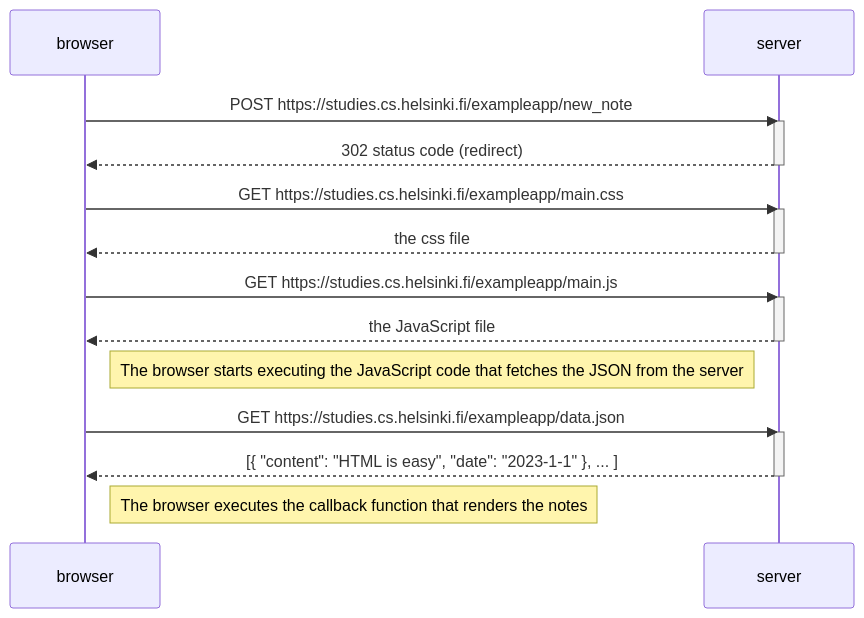
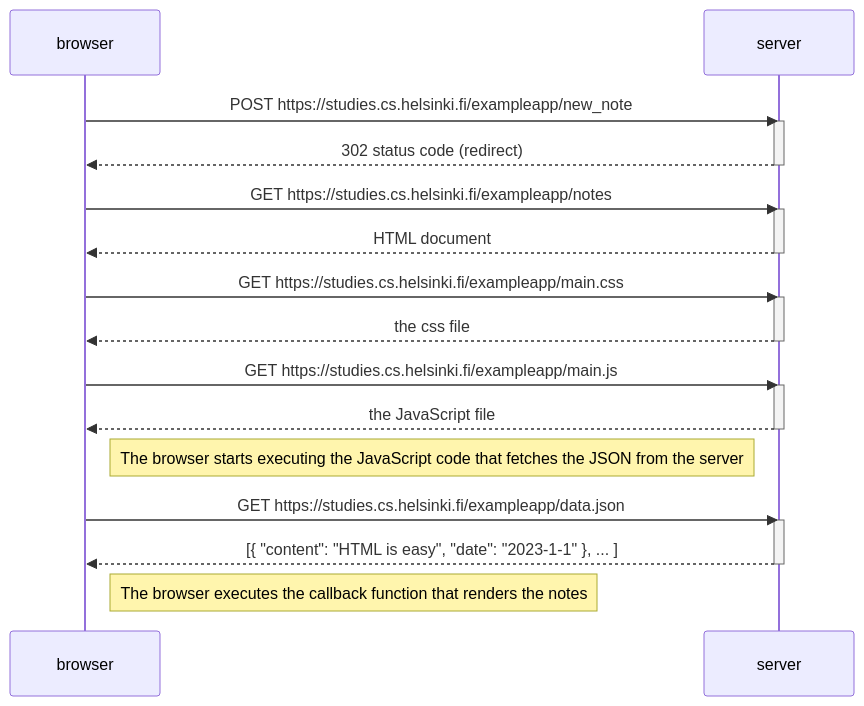
The diagram in part0/0.4NewNoteDiagram.md (BousilDev/FullStackOpen), drawn with Mermaid before and after one commit.

````diff
--- a/part0/0.4NewNoteDiagram.md
+++ b/part0/0.4NewNoteDiagram.md
@@ -2,29 +2,34 @@
 ```mermaid
 sequenceDiagram
     participant browser
     participant server
     
     browser->>server: POST https://studies.cs.helsinki.fi/exampleapp/new_note
     activate server
     server-->>browser: 302 status code (redirect)
+    deactivate server
+
+    browser->>server: GET https://studies.cs.helsinki.fi/exampleapp/notes
+    activate server
+    server-->>browser: HTML document
     deactivate server
 
     browser->>server: GET https://studies.cs.helsinki.fi/exampleapp/main.css
     activate server
     server-->>browser: the css file
     deactivate server
 
     browser->>server: GET https://studies.cs.helsinki.fi/exampleapp/main.js
     activate server
     server-->>browser: the JavaScript file
     deactivate server
 
     Note right of browser: The browser starts executing the JavaScript code that fetches the JSON from the server
 
     browser->>server: GET https://studies.cs.helsinki.fi/exampleapp/data.json
     activate server
     server-->>browser: [{ "content": "HTML is easy", "date": "2023-1-1" }, ... ]
     deactivate server
 
     Note right of browser: The browser executes the callback function that renders the notes
 ```
````
